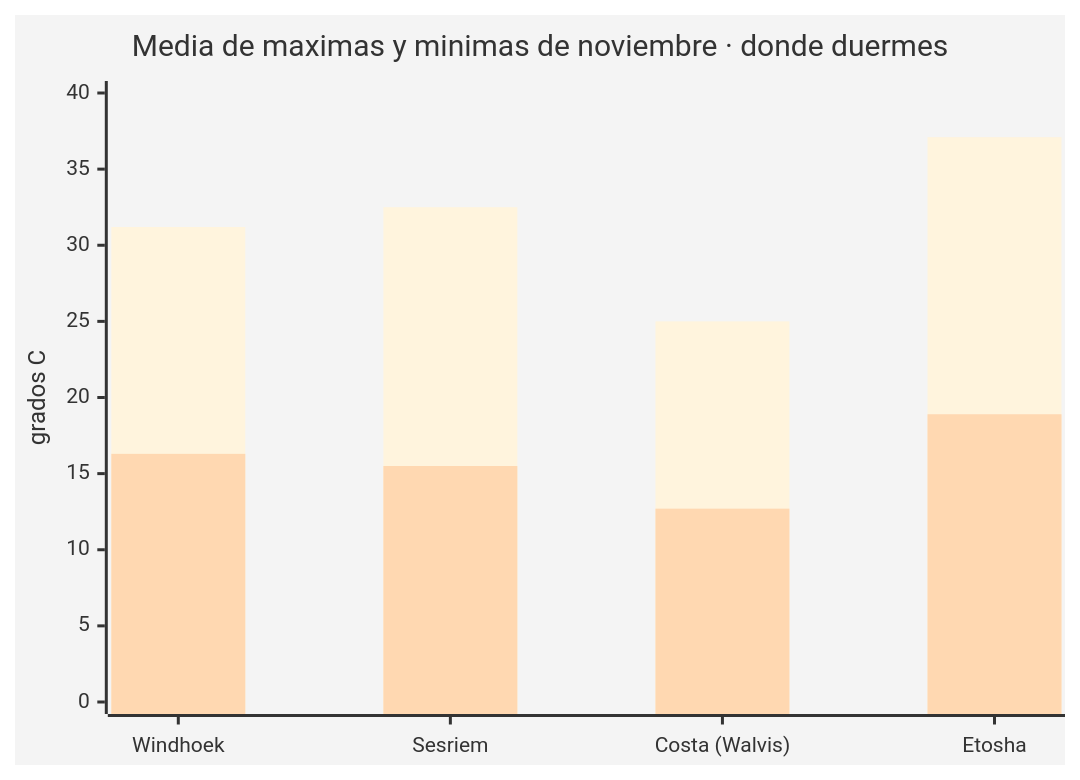
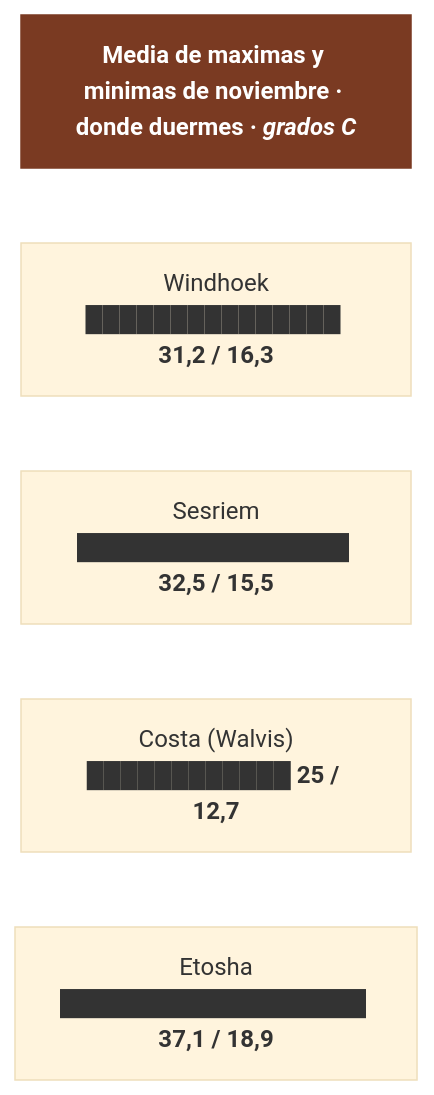
Before and after one commit to morandeirachema/namibia: the seventh of 7 diagrams in 03-guia-preparacion.md, drawn with Mermaid (base theme). The commit also changed other lines of this file and 9 other files, not shown here.

Commit message:
Cambiar los 23 graficos xychart-beta por barras de flowchart: GitHub no renderiza los tipos beta de Mermaid

````diff
--- a/03-guia-preparacion.md
+++ b/03-guia-preparacion.md
@@ -482,8 +490,13 @@
 ```mermaid
-xychart-beta
-    title "Media de maximas y minimas de noviembre · donde duermes"
-    x-axis ["Windhoek", "Sesriem", "Costa (Walvis)", "Etosha"]
-    y-axis "grados C" 0 --> 40
-    bar [31.2, 32.5, 25.0, 37.1]
-    bar [16.3, 15.5, 12.7, 18.9]
+flowchart TD
+    T["<b>Media de maximas y minimas de noviembre · donde duermes · <i>grados C</i></b>"]
+    n0["Windhoek<br/>███████████████ <b>31,2 / 16,3</b>"]
+    n1["Sesriem<br/>████████████████ <b>32,5 / 15,5</b>"]
+    n2["Costa (Walvis)<br/>████████████ <b>25 / 12,7</b>"]
+    n3["Etosha<br/>██████████████████ <b>37,1 / 18,9</b>"]
+    T ~~~ n0
+    n0 ~~~ n1
+    n1 ~~~ n2
+    n2 ~~~ n3
+    style T fill:#7a3a22,color:#fff,stroke:#7a3a22
 ```
````
